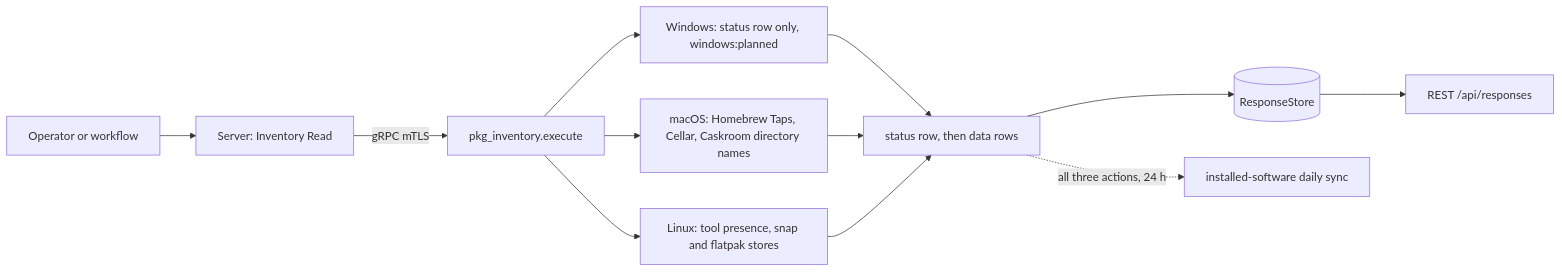
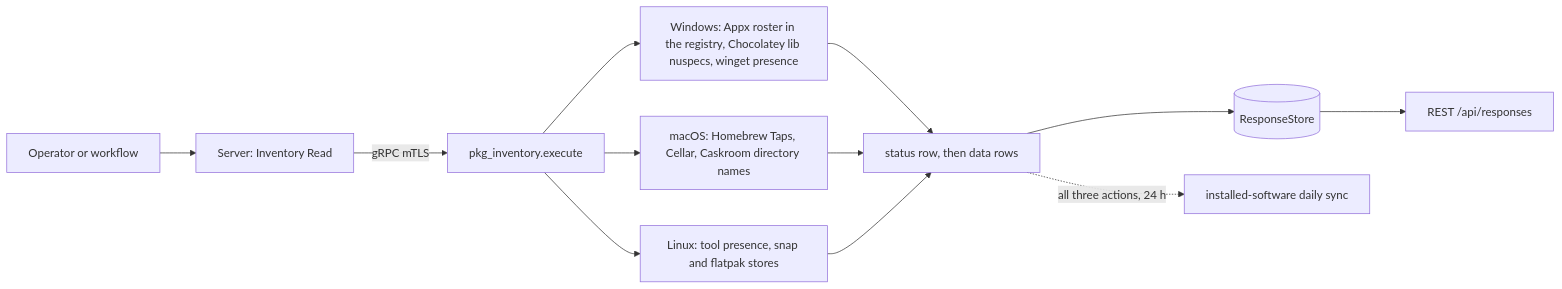
One commit to DevNullLtd/Yuzu changed the first of 3 diagrams in agents/plugins/pkg_inventory/README.md. Above: the diagram before and after it, drawn with Mermaid. The commit also changed other lines of this file and 26 other files, not shown here.

Commit message:
pkg_inventory: Windows Appx, chocolatey and winget legs mapped into installed_software

````diff
--- a/agents/plugins/pkg_inventory/README.md
+++ b/agents/plugins/pkg_inventory/README.md
@@ -26,13 +26,13 @@
 ```mermaid
 flowchart LR
   OP["Operator or workflow"] --> SRV["Server: Inventory Read"]
   SRV -->|"gRPC mTLS"| EX["pkg_inventory.execute"]
-  EX --> WIN["Windows: status row only, windows:planned"]
+  EX --> WIN["Windows: Appx roster in the registry, Chocolatey lib nuspecs, winget presence"]
   EX --> MAC["macOS: Homebrew Taps, Cellar, Caskroom directory names"]
   EX --> LIN["Linux: tool presence, snap and flatpak stores"]
   WIN --> ROWS["status row, then data rows"]
   MAC --> ROWS
   LIN --> ROWS
   ROWS --> RS[("ResponseStore")] --> API["REST /api/responses"]
   ROWS -.->|"all three actions, 24 h"| SYNC["installed-software daily sync"]
 ```
````
